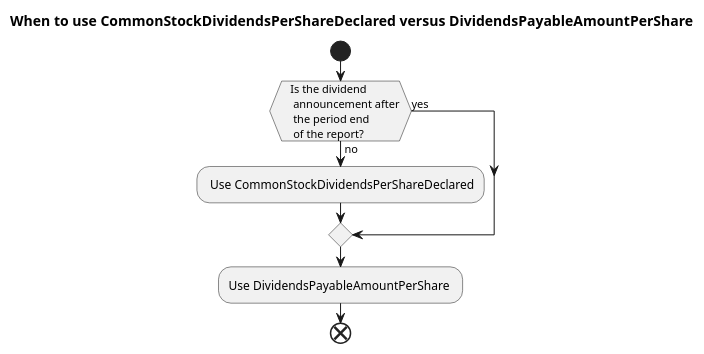
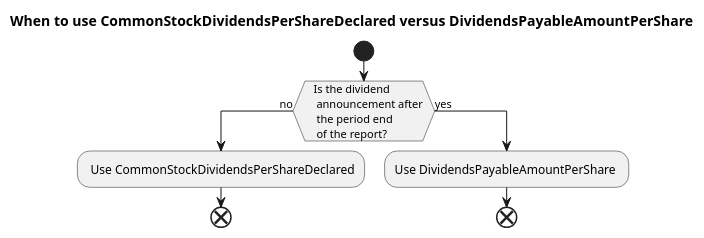
Before and after one commit to DataQualityCommittee/dqc_us_rules: the diagram in guidance/rule-flowcharts/dividends-pershare-flow.plantuml, drawn with PlantUML. The commit also changed 1 other file, not shown here.

Commit message:
Updated flowcharts for dividend guidance

```diff
--- a/guidance/rule-flowcharts/dividends-pershare-flow.plantuml
+++ b/guidance/rule-flowcharts/dividends-pershare-flow.plantuml
@@ -1,23 +1,23 @@
 @startuml dividends_Per_Share
 title "When to use CommonStockDividendsPerShareDeclared versus DividendsPayableAmountPerShare"
 !pragma useVerticalIf on
 start
 
  
  if (   Is the dividend 
     announcement after
     the period end
     of the report?) then (no)
    
        : Use CommonStockDividendsPerShareDeclared;
-      
+      end
  else (yes)
-    endif 
+    
 
                 :Use DividendsPayableAmountPerShare ;
                
                         
     
 end
 
 @enduml
```
